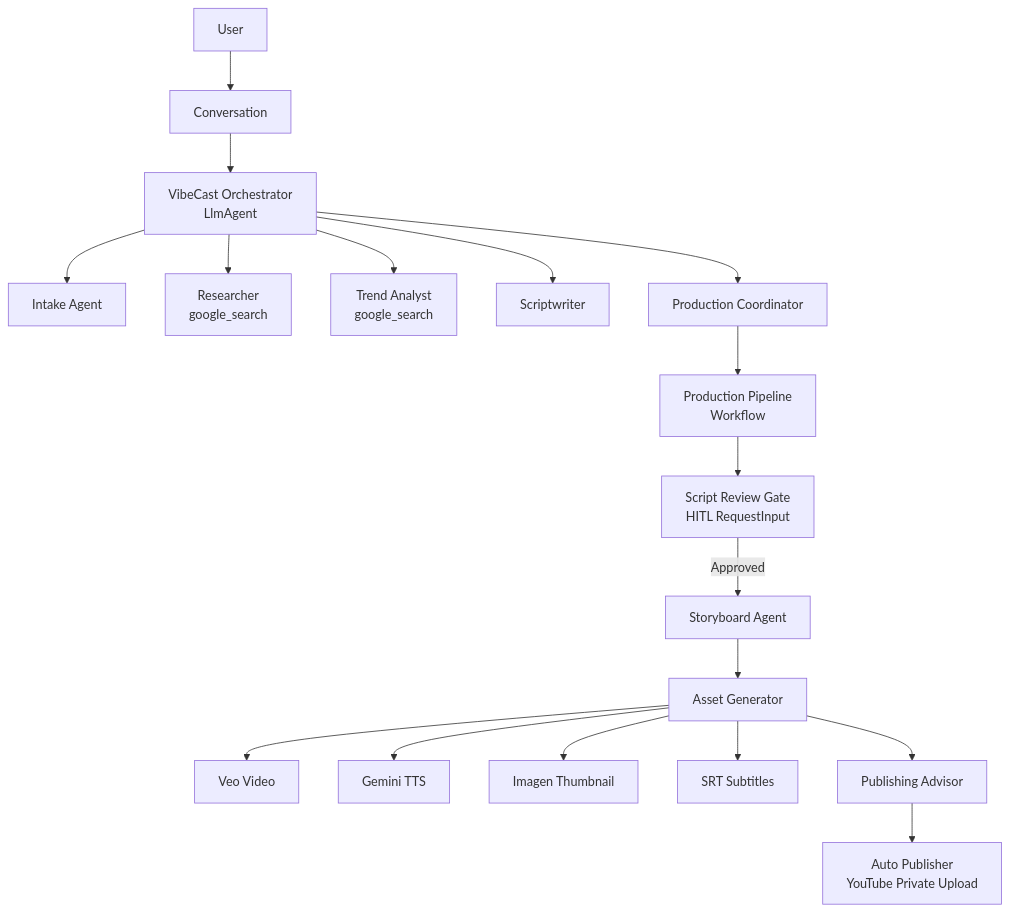
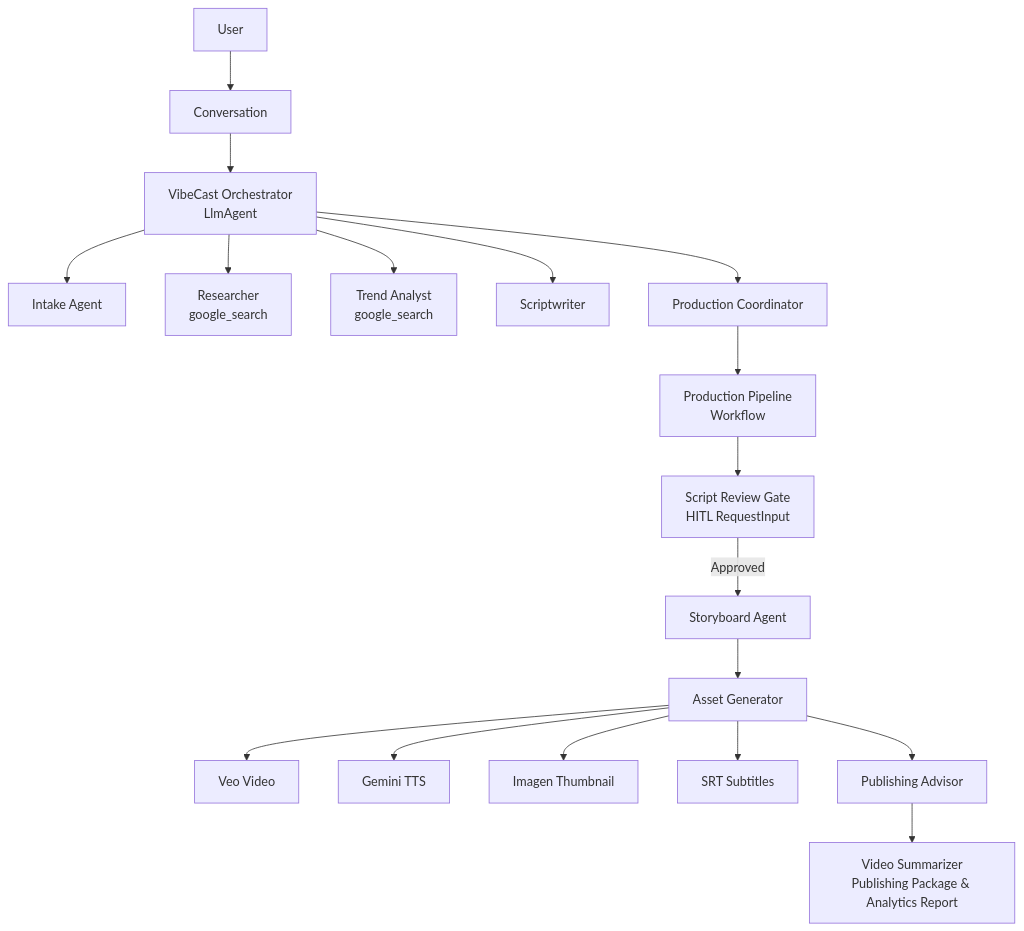
One commit to CM71103/VibeCast changed the first of 2 diagrams in README.md. Above: the diagram before and after it, drawn with Mermaid. The commit also changed other lines of this file, not shown here.

````diff
--- a/README.md
+++ b/README.md
@@ -20,20 +69,20 @@
 ```mermaid
 graph TD
     U[User] --> C[Conversation]
     C --> O[VibeCast Orchestrator<br/>LlmAgent]
     O --> I[Intake Agent]
     O --> R[Researcher<br/>google_search]
     O --> T[Trend Analyst<br/>google_search]
     O --> S[Scriptwriter]
     O --> PC[Production Coordinator]
     PC --> P[Production Pipeline<br/>Workflow]
     P --> HITL[Script Review Gate<br/>HITL RequestInput]
     HITL -->|Approved| SB[Storyboard Agent]
     SB --> AG[Asset Generator]
     AG --> V[Veo Video]
     AG --> A[Gemini TTS]
     AG --> TH[Imagen Thumbnail]
     AG --> SUB[SRT Subtitles]
     AG --> PUB[Publishing Advisor]
-    PUB --> YT[Auto Publisher<br/>YouTube Private Upload]
+    PUB --> YT[Video Summarizer<br/>Publishing Package & Analytics Report]
 ```
````
